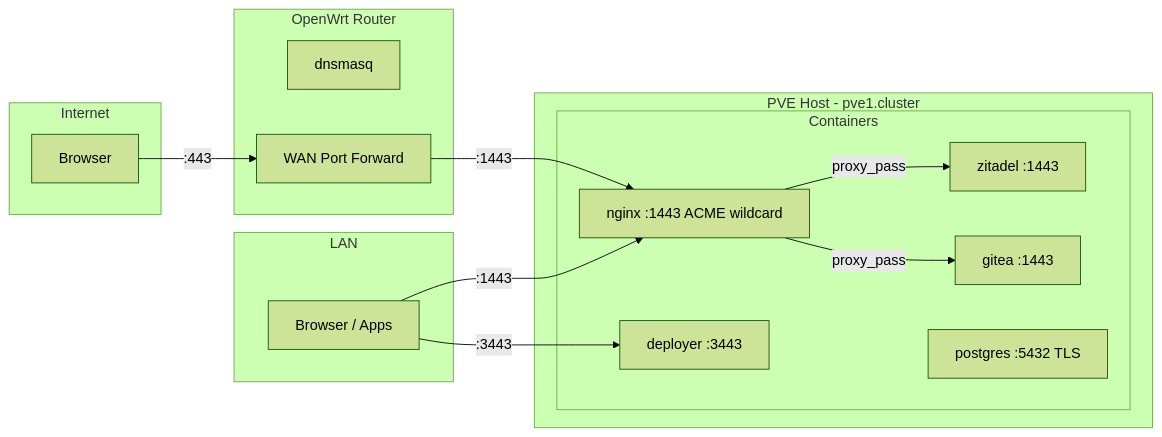
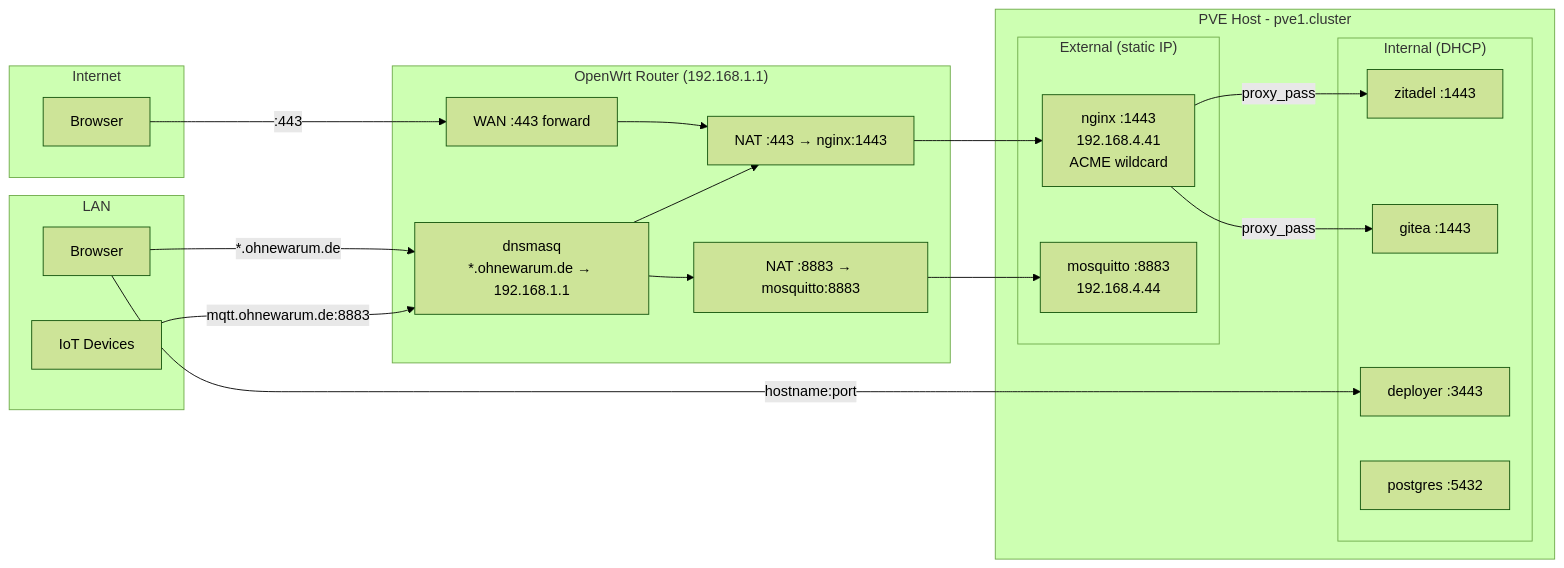
The second of 4 diagrams in production/INFRASTRUCTURE.md (proxvex/proxvex), drawn with Mermaid (forest theme) before and after one commit. The commit also changed other lines of this file and 38 other files, not shown here.

````diff
--- a/production/INFRASTRUCTURE.md
+++ b/production/INFRASTRUCTURE.md
@@ -39,33 +51,46 @@
 ```mermaid
 graph LR
     subgraph WAN["Internet"]
         browser_wan["Browser"]
     end
 
-    subgraph Router["OpenWrt Router"]
-        dns[dnsmasq]
-        wan_fwd[WAN Port Forward]
+    subgraph Router["OpenWrt Router (192.168.1.1)"]
+        dns["dnsmasq<br/>*.ohnewarum.de → 192.168.1.1"]
+        wan_fwd["WAN :443 forward"]
+        nat_https["NAT :443 → nginx:1443"]
+        nat_mqtt["NAT :8883 → mosquitto:8883"]
     end
 
     subgraph PVE["PVE Host - pve1.cluster"]
-        subgraph Containers
-            nginx_c[nginx :1443 ACME wildcard]
-            zitadel_c[zitadel :1443]
-            gitea_c[gitea :1443]
-            deployer_c[deployer :3443]
-            postgres_c[postgres :5432 TLS]
+        subgraph External["External (static IP)"]
+            nginx_c["nginx :1443<br/>192.168.4.41<br/>ACME wildcard"]
+            mosquitto_c["mosquitto :8883<br/>192.168.4.44"]
+        end
+        subgraph Internal["Internal (DHCP)"]
+            zitadel_c["zitadel :1443"]
+            gitea_c["gitea :1443"]
+            deployer_c["deployer :3443"]
+            postgres_c["postgres :5432"]
         end
     end
 
     subgraph LAN["LAN"]
-        browser_lan["Browser / Apps"]
+        browser_lan["Browser"]
+        iot["IoT Devices"]
     end
 
     browser_wan -->|":443"| wan_fwd
-    wan_fwd -->|":1443"| nginx_c
+    wan_fwd --> nat_https
+    nat_https --> nginx_c
+
+    browser_lan -->|"*.ohnewarum.de"| dns
+    dns --> nat_https
     nginx_c -->|proxy_pass| zitadel_c
     nginx_c -->|proxy_pass| gitea_c
 
-    browser_lan -->|":1443"| nginx_c
-    browser_lan -->|":3443"| deployer_c
+    iot -->|"mqtt.ohnewarum.de:8883"| dns
+    dns --> nat_mqtt
+    nat_mqtt --> mosquitto_c
+
+    browser_lan -->|"hostname:port"| deployer_c
 ```
````
